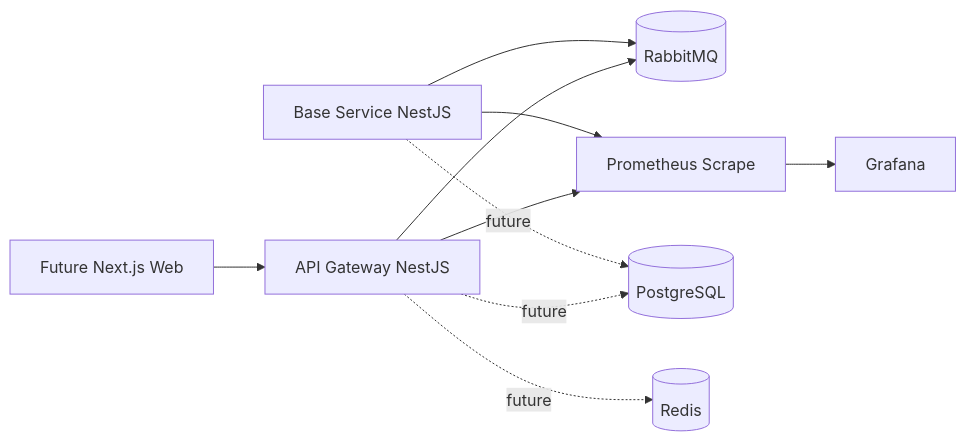
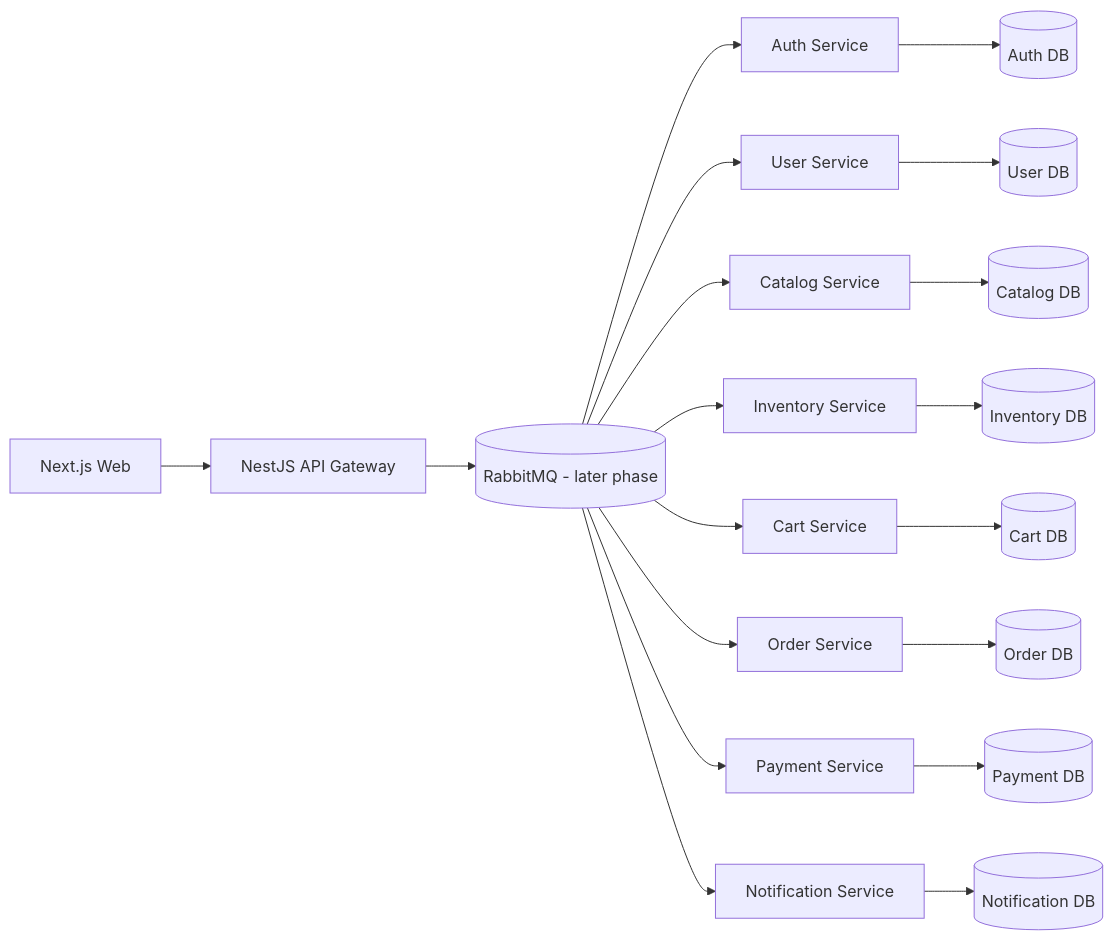
One commit to Lucascabral95/ecommerce-northlan-apparel changed the diagram in README.md. Above: the diagram before and after it, drawn with Mermaid. The commit also changed other lines of this file and 93 other files, not shown here.

````diff
--- a/README.md
+++ b/README.md
@@ -9,12 +30,21 @@
 ```mermaid
 flowchart LR
-  Client[Future Next.js Web] --> Gateway[API Gateway NestJS]
-  Gateway --> RabbitMQ[(RabbitMQ)]
-  BaseService[Base Service NestJS] --> RabbitMQ
-  Gateway --> Metrics[Prometheus Scrape]
-  BaseService --> Metrics
-  Metrics --> Grafana[Grafana]
-  Gateway -. future .-> Postgres[(PostgreSQL)]
-  BaseService -. future .-> Postgres
-  Gateway -. future .-> Redis[(Redis)]
+  Web[Next.js Web] --> Gateway[NestJS API Gateway]
+  Gateway --> Broker[(RabbitMQ - later phase)]
+  Broker --> Auth[Auth Service]
+  Broker --> User[User Service]
+  Broker --> Catalog[Catalog Service]
+  Broker --> Inventory[Inventory Service]
+  Broker --> Cart[Cart Service]
+  Broker --> Order[Order Service]
+  Broker --> Payment[Payment Service]
+  Broker --> Notification[Notification Service]
+  Auth --> AuthDb[(Auth DB)]
+  User --> UserDb[(User DB)]
+  Catalog --> CatalogDb[(Catalog DB)]
+  Inventory --> InventoryDb[(Inventory DB)]
+  Cart --> CartDb[(Cart DB)]
+  Order --> OrderDb[(Order DB)]
+  Payment --> PaymentDb[(Payment DB)]
+  Notification --> NotificationDb[(Notification DB)]
 ```
````
